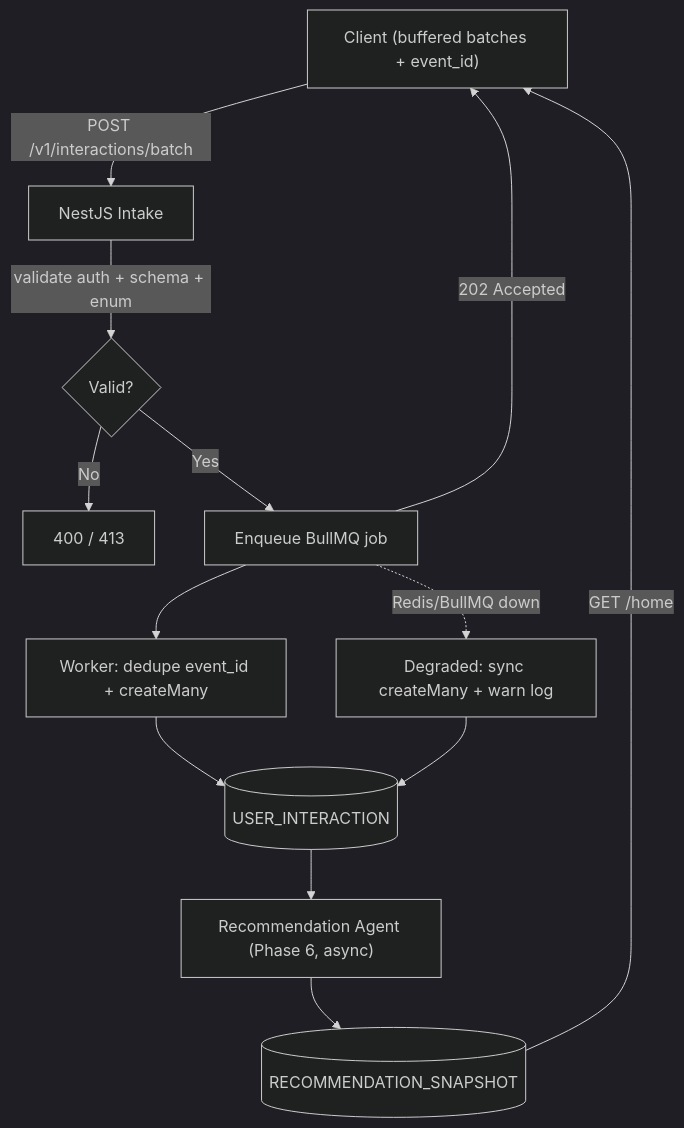
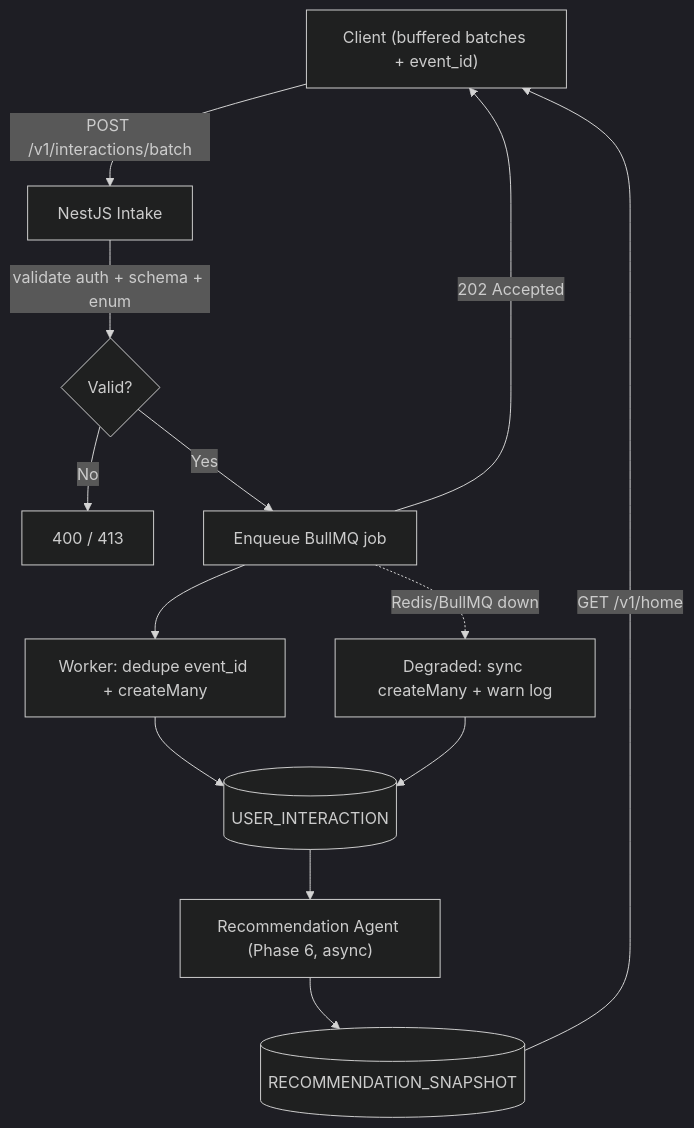
One commit to omaryasser-github/Heritage-Hub-Backend changed the diagram in doc/plans/interaction-telemetry.md. Above: the diagram before and after it, drawn with Mermaid (dark theme). The commit also changed other lines of this file and 11 other files, not shown here.

````diff
--- a/doc/plans/interaction-telemetry.md
+++ b/doc/plans/interaction-telemetry.md
@@ -47,16 +47,16 @@
 ```mermaid
 flowchart TD
     A["Client (buffered batches + event_id)"] -->|"POST /v1/interactions/batch"| B["NestJS Intake"]
     B -->|"validate auth + schema + enum"| C{Valid?}
     C -->|No| D["400 / 413"]
     C -->|Yes| E["Enqueue BullMQ job"]
     E -->|"202 Accepted"| A
     E --> F["Worker: dedupe event_id + createMany"]
     F --> G[("USER_INTERACTION")]
     G --> H["Recommendation Agent (Phase 6, async)"]
     H --> I[("RECOMMENDATION_SNAPSHOT")]
-    I -->|"GET /home"| A
+    I -->|"GET /v1/home"| A
 
     E -.->|"Redis/BullMQ down"| J["Degraded: sync createMany + warn log"]
     J --> G
 ```
````
